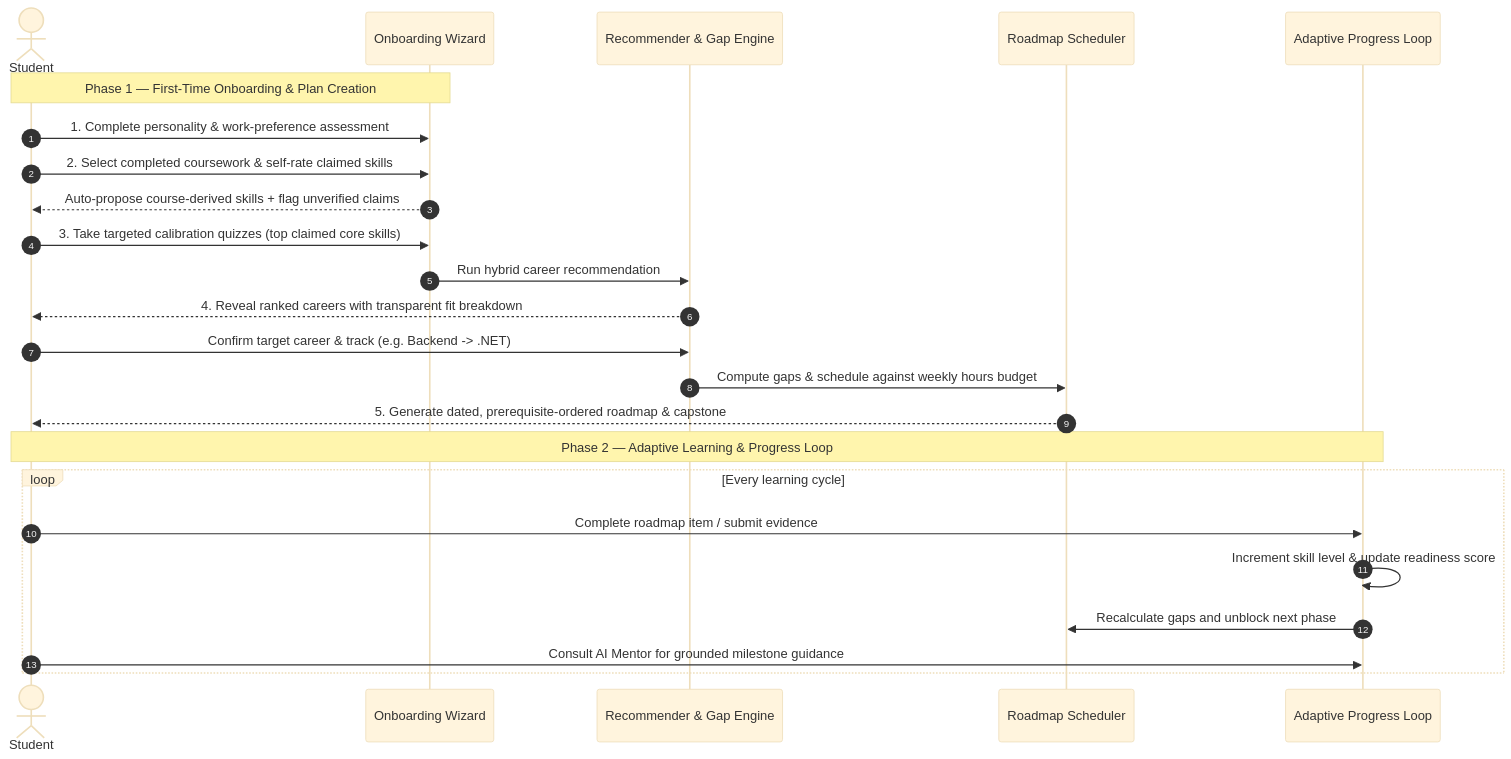
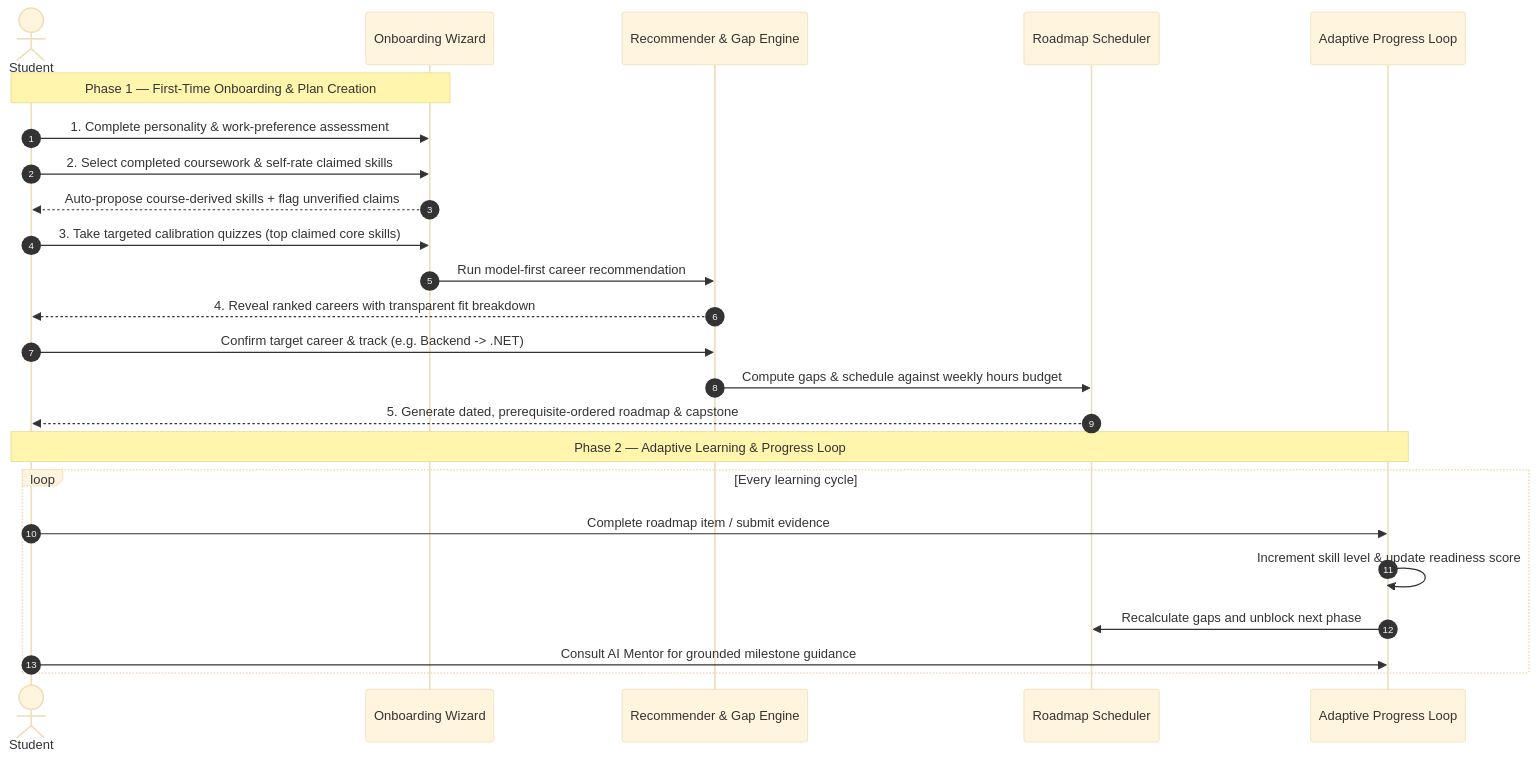
Before and after one commit to Masar-SCU/Masar: the second of 2 diagrams in docs/01-project-overview.md, drawn with Mermaid (base theme). The commit also changed other lines of this file, not shown here.

````diff
--- a/docs/01-project-overview.md
+++ b/docs/01-project-overview.md
@@ -219,28 +222,28 @@
 ```mermaid
 sequenceDiagram
     autonumber
     actor Student
     participant Wizard as Onboarding Wizard
     participant Engine as Recommender & Gap Engine
     participant Scheduler as Roadmap Scheduler
     participant Prog as Adaptive Progress Loop
 
     Note over Student,Wizard: Phase 1 — First-Time Onboarding & Plan Creation
     Student->>Wizard: 1. Complete personality & work-preference assessment
     Student->>Wizard: 2. Select completed coursework & self-rate claimed skills
     Wizard-->>Student: Auto-propose course-derived skills + flag unverified claims
     Student->>Wizard: 3. Take targeted calibration quizzes (top claimed core skills)
-    Wizard->>Engine: Run hybrid career recommendation
+    Wizard->>Engine: Run model-first career recommendation
     Engine-->>Student: 4. Reveal ranked careers with transparent fit breakdown
     Student->>Engine: Confirm target career & track (e.g. Backend -> .NET)
     Engine->>Scheduler: Compute gaps & schedule against weekly hours budget
     Scheduler-->>Student: 5. Generate dated, prerequisite-ordered roadmap & capstone
 
     Note over Student,Prog: Phase 2 — Adaptive Learning & Progress Loop
     loop Every learning cycle
         Student->>Prog: Complete roadmap item / submit evidence
         Prog->>Prog: Increment skill level & update readiness score
         Prog->>Scheduler: Recalculate gaps and unblock next phase
         Student->>Prog: Consult AI Mentor for grounded milestone guidance
     end
 ```
````
